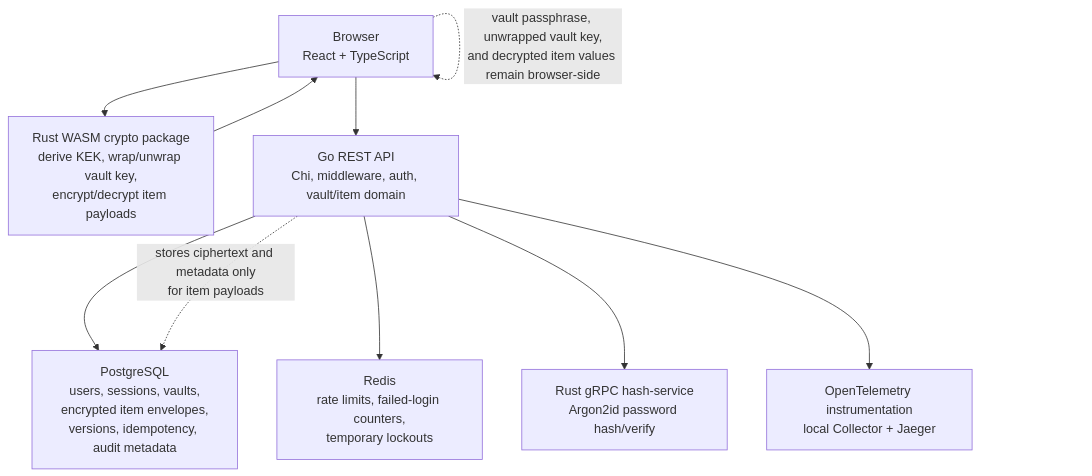
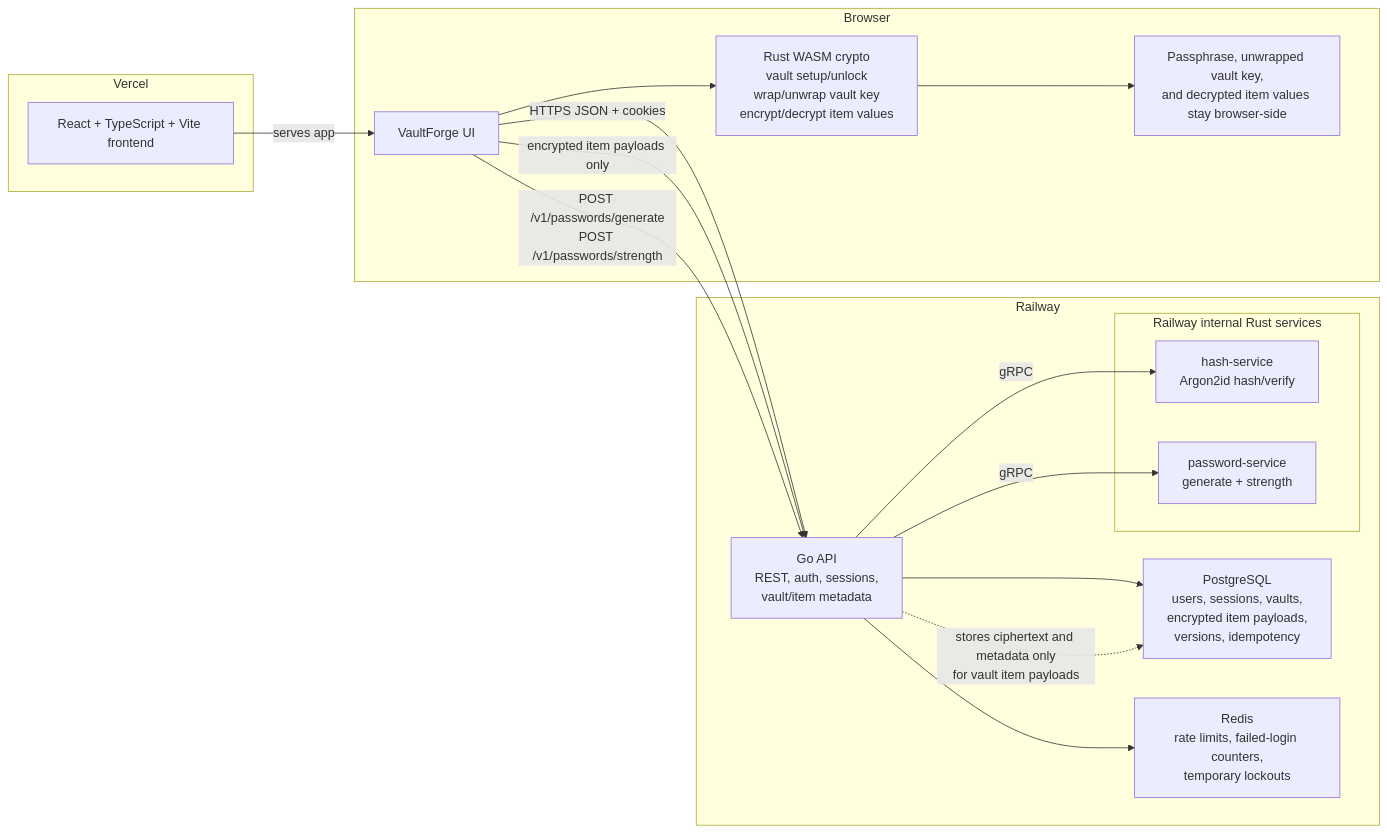
One commit to martinrgarciap/vaultforge changed the seventh of 7 diagrams in docs/architecture.md. Above: the diagram before and after it, drawn with Mermaid. The commit also changed other lines of this file and 3 other files, not shown here.

Commit message:
Audit final VaultForge documentation

````diff
--- a/docs/architecture.md
+++ b/docs/architecture.md
@@ -527,19 +536,40 @@
 ```mermaid
-flowchart TD
-    Browser["Browser<br/>React + TypeScript"] --> Crypto["Rust WASM crypto package<br/>derive KEK, wrap/unwrap vault key,<br/>encrypt/decrypt item payloads"]
-    Crypto --> Browser
+flowchart LR
+    subgraph Vercel["Vercel"]
+        Frontend["React + TypeScript + Vite frontend"]
+    end
 
-    Browser --> API["Go REST API<br/>Chi, middleware, auth, vault/item domain"]
+    subgraph Browser["Browser"]
+        App["VaultForge UI"]
+        Crypto["Rust WASM crypto<br/>vault setup/unlock<br/>wrap/unwrap vault key<br/>encrypt/decrypt item values"]
+        BrowserOnly["Passphrase, unwrapped vault key,<br/>and decrypted item values stay browser-side"]
+    end
 
-    API --> Postgres["PostgreSQL<br/>users, sessions, vaults,<br/>encrypted item envelopes,<br/>versions, idempotency, audit metadata"]
+    subgraph Railway["Railway"]
+        API["Go API<br/>REST, auth, sessions,<br/>vault/item metadata"]
 
-    API --> Redis["Redis<br/>rate limits, failed-login counters,<br/>temporary lockouts"]
+        subgraph RustServices["Railway internal Rust services"]
+            HashService["hash-service<br/>Argon2id hash/verify"]
+            PasswordService["password-service<br/>generate + strength"]
+        end
 
-    API --> HashService["Rust gRPC hash-service<br/>Argon2id password hash/verify"]
+        Postgres["PostgreSQL<br/>users, sessions, vaults,<br/>encrypted item payloads,<br/>versions, idempotency"]
 
-    API --> OTEL["OpenTelemetry instrumentation<br/>local Collector + Jaeger"]
+        Redis["Redis<br/>rate limits, failed-login counters,<br/>temporary lockouts"]
+    end
 
-    Browser -. "vault passphrase, unwrapped vault key,<br/>and decrypted item values remain browser-side" .-> Browser
+    Frontend -->|serves app| App
+    App --> Crypto
+    Crypto --> BrowserOnly
 
-    API -. "stores ciphertext and metadata only<br/>for item payloads" .-> Postgres
+    App -->|HTTPS JSON + cookies| API
+    App -->|encrypted item payloads only| API
+    App -->|POST /v1/passwords/generate<br/>POST /v1/passwords/strength| API
+
+    API -->|gRPC| HashService
+    API -->|gRPC| PasswordService
+    API --> Postgres
+    API --> Redis
+
+    API -. "stores ciphertext and metadata only<br/>for vault item payloads" .-> Postgres
 ```
````
